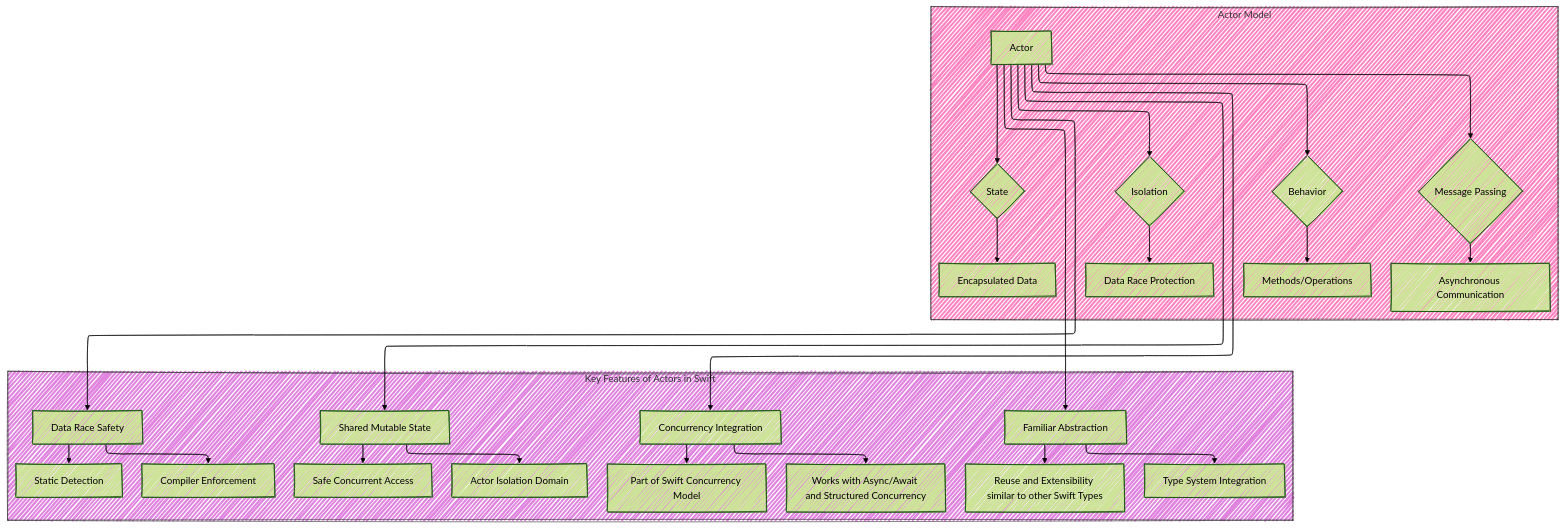
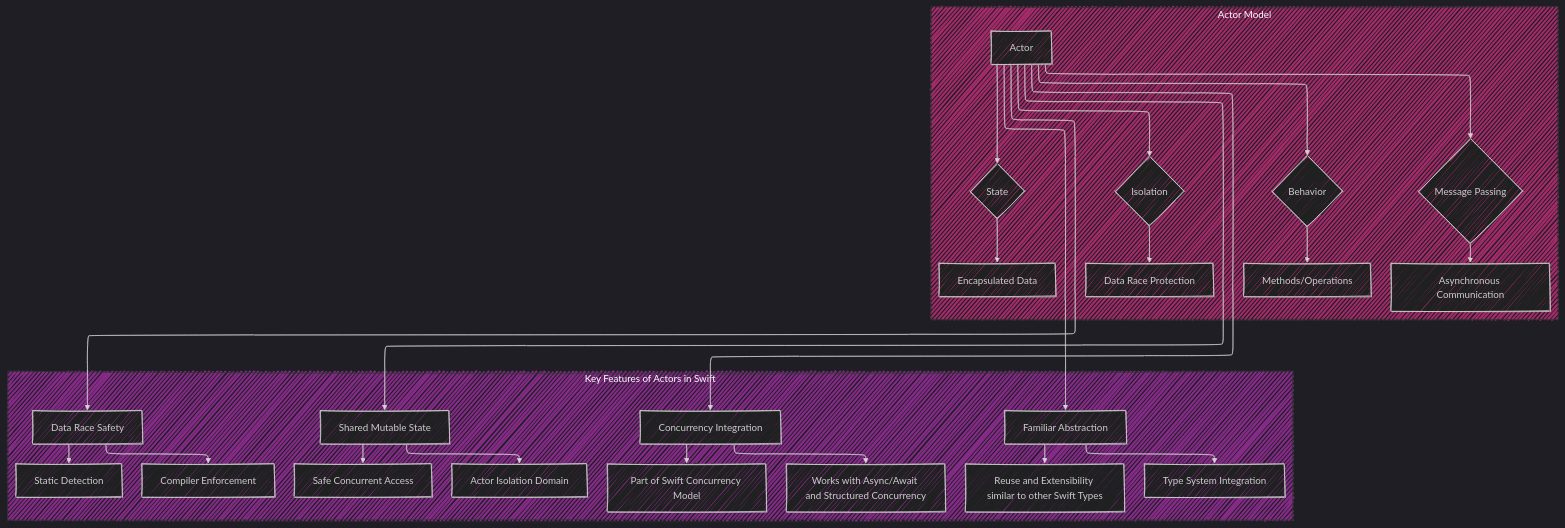
One commit to CongLeSolutionX/iOS-development-vault changed the first of 6 diagrams in Swift_Language/Actors/Actors_V2.md. Above: the diagram before and after it, drawn with Mermaid.

Commit message:
update theme

````diff
--- a/Swift_Language/Actors/Actors_V2.md
+++ b/Swift_Language/Actors/Actors_V2.md
@@ -33,64 +33,64 @@
 ```mermaid
 ---
 config:
   layout: elk
   look: handDrawn
-  theme: forest
+  theme: dark
 ---
 graph TD
     A[Actor];
     B{State};
     C["Encapsulated Data"];
     D{Behavior};
     E["Methods/Operations"];
     F{Isolation};
     G["Data Race Protection"];
     H{"Message Passing"};
     I["Asynchronous Communication"];
 
     J["Data Race Safety"];
     K["Static Detection"];
     L["Compiler Enforcement"];
 
     M["Shared Mutable State"];
     N["Safe Concurrent Access"];
     O["Actor Isolation Domain"];
 
     P["Familiar Abstraction"];
     Q["Type System Integration"];
     R["Reuse and Extensibility similar to other Swift Types"];
 
     S["Concurrency Integration"];
     T["Part of Swift Concurrency Model"];
     U["Works with Async/Await and Structured Concurrency"];
 
     subgraph Actor_Model["Actor Model"]
     style Actor_Model fill:#f399,stroke:#333,stroke-width:1px
         A --> B
         B --> C
         A --> D
         D --> E
         A --> F
         F --> G
         A --> H
         H --> I
     end
 
     subgraph Key_Features["Key Features of Actors in Swift"]
     style Key_Features fill:#c3c9,stroke:#333,stroke-width:1px
         J --> K
         J --> L
 
         M --> N
         M --> O
 
         P --> Q
         P --> R
 
         S --> T
         S --> U
     end
 
     A --> J & M & P & S
     
 ```
````
